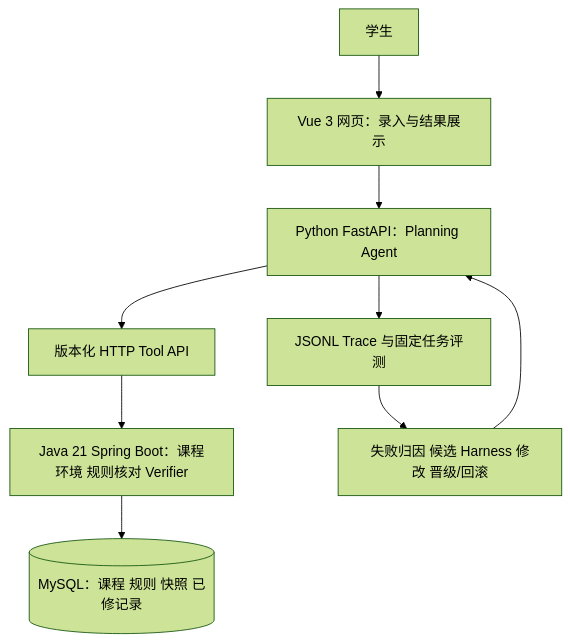
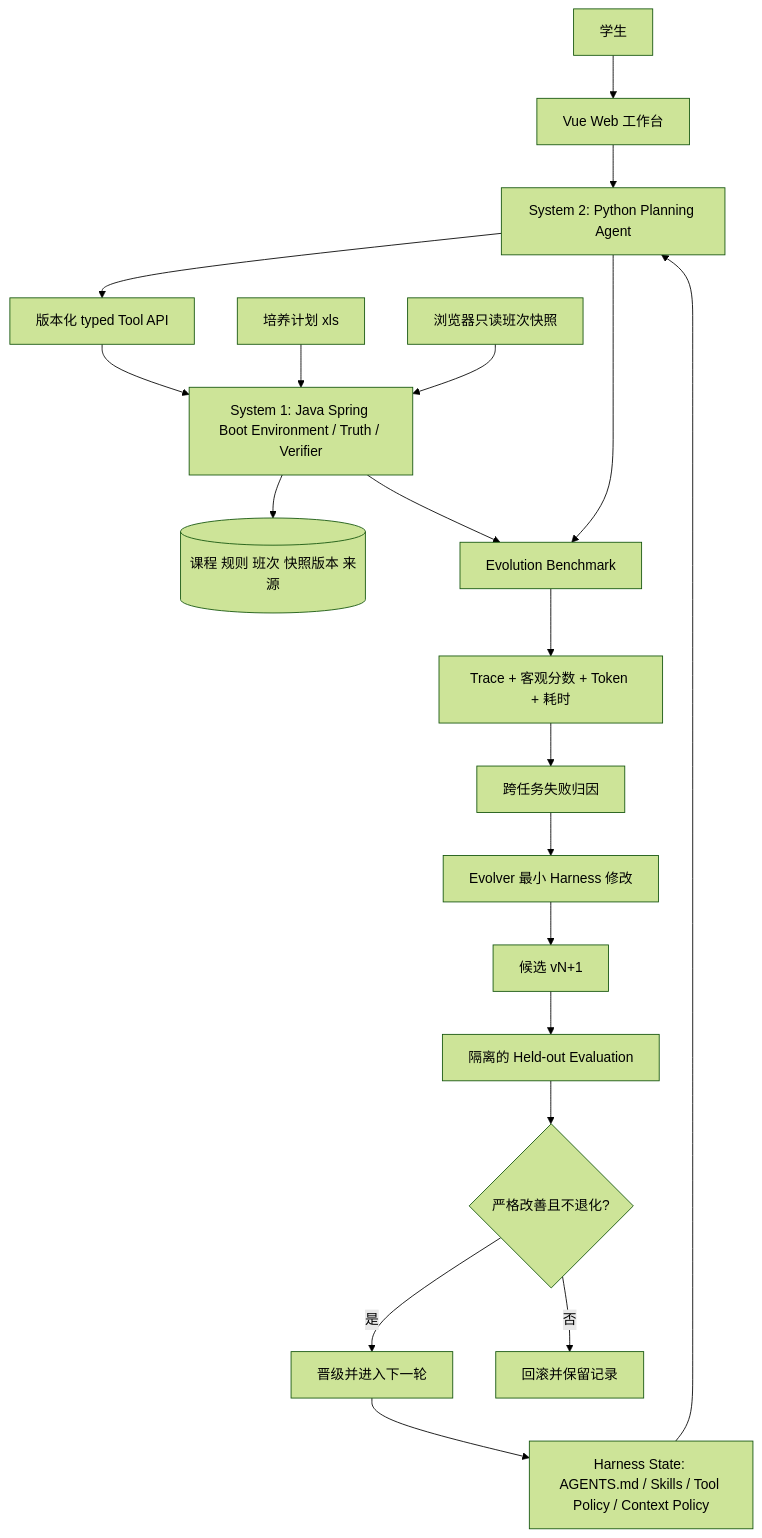
Before and after one commit to HelicasECoode42/CoursePilot-Evo: the diagram in docs/01-teacher-project-plan.md, drawn with Mermaid (forest theme). The commit also changed other lines of this file and 32 other files, not shown here.

Commit message:
docs: design browser offering adapter and multi-round RSI architecture

````diff
--- a/docs/01-teacher-project-plan.md
+++ b/docs/01-teacher-project-plan.md
@@ -13,11 +13,22 @@
 ```mermaid
 flowchart TB
-  U[学生] --> WEB[Vue 3 网页：录入与结果展示]
-  WEB --> PY[Python FastAPI：Planning Agent]
-  PY --> API[版本化 HTTP Tool API]
-  API --> JAVA[Java 21 Spring Boot：课程环境 规则核对 Verifier]
-  JAVA --> DB[(MySQL：课程 规则 快照 已修记录)]
-  PY --> TRACE[JSONL Trace 与固定任务评测]
-  TRACE --> EVO[失败归因 候选 Harness 修改 晋级/回滚]
-  EVO --> PY
+  S[学生] --> UI[Vue Web 工作台]
+  UI --> S2[System 2: Python Planning Agent]
+  H[Harness State: AGENTS.md / Skills / Tool Policy / Context Policy] --> S2
+  S2 --> API[版本化 typed Tool API]
+  API --> S1[System 1: Java Spring Boot Environment / Truth / Verifier]
+  XLS[培养计划 xls] --> S1
+  BA[浏览器只读班次快照] --> S1
+  S1 --> DB[(课程 规则 班次 快照版本 来源)]
+  S2 --> BM[Evolution Benchmark]
+  S1 --> BM
+  BM --> T[Trace + 客观分数 + Token + 耗时]
+  T --> M[跨任务失败归因]
+  M --> E[Evolver 最小 Harness 修改]
+  E --> C[候选 vN+1]
+  C --> HO[隔离的 Held-out Evaluation]
+  HO --> G{严格改善且不退化?}
+  G -->|是| P[晋级并进入下一轮]
+  G -->|否| R[回滚并保留记录]
+  P --> H
 ```
````
